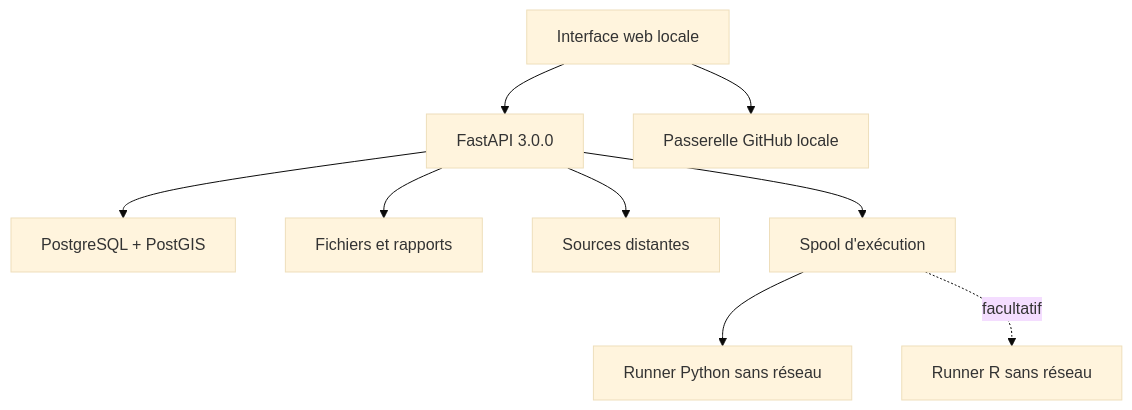
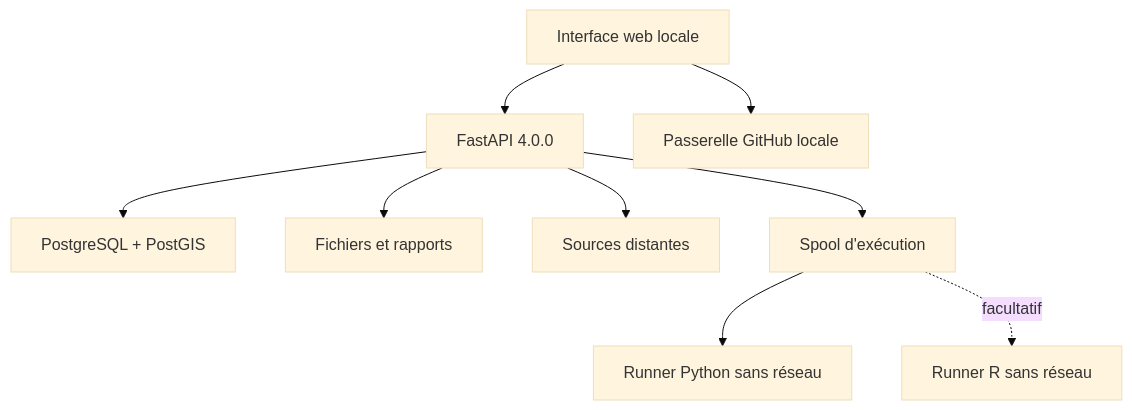
The diagram in docs/ARCHITECTURE.md (B-DAUTRIF/humanitarian-data-platform), drawn with Mermaid (base theme) before and after one commit. The commit also changed other lines of this file and 61 other files, not shown here.

````diff
--- a/docs/ARCHITECTURE.md
+++ b/docs/ARCHITECTURE.md
@@ -5,11 +5,11 @@
 ```mermaid
 flowchart TD
-    U["Interface web locale"] --> A["FastAPI 3.0.0"]
+    U["Interface web locale"] --> A["FastAPI 4.0.0"]
     A --> P["PostgreSQL + PostGIS"]
     A --> F["Fichiers et rapports"]
     A --> X["Sources distantes"]
     U --> G["Passerelle GitHub locale"]
     A --> Q["Spool d'exécution"]
     Q --> Y["Runner Python sans réseau"]
     Q -. facultatif .-> R["Runner R sans réseau"]
 ```
````
